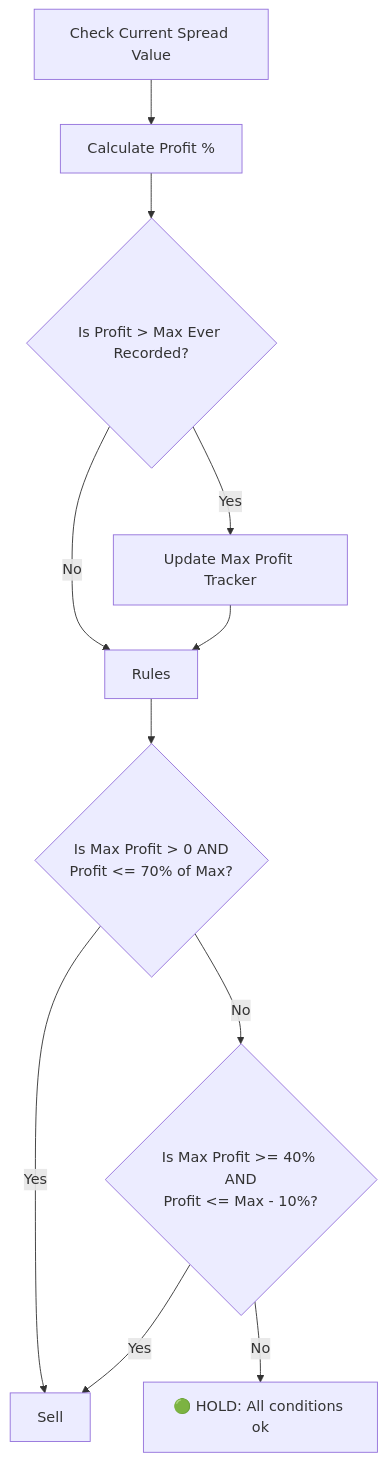
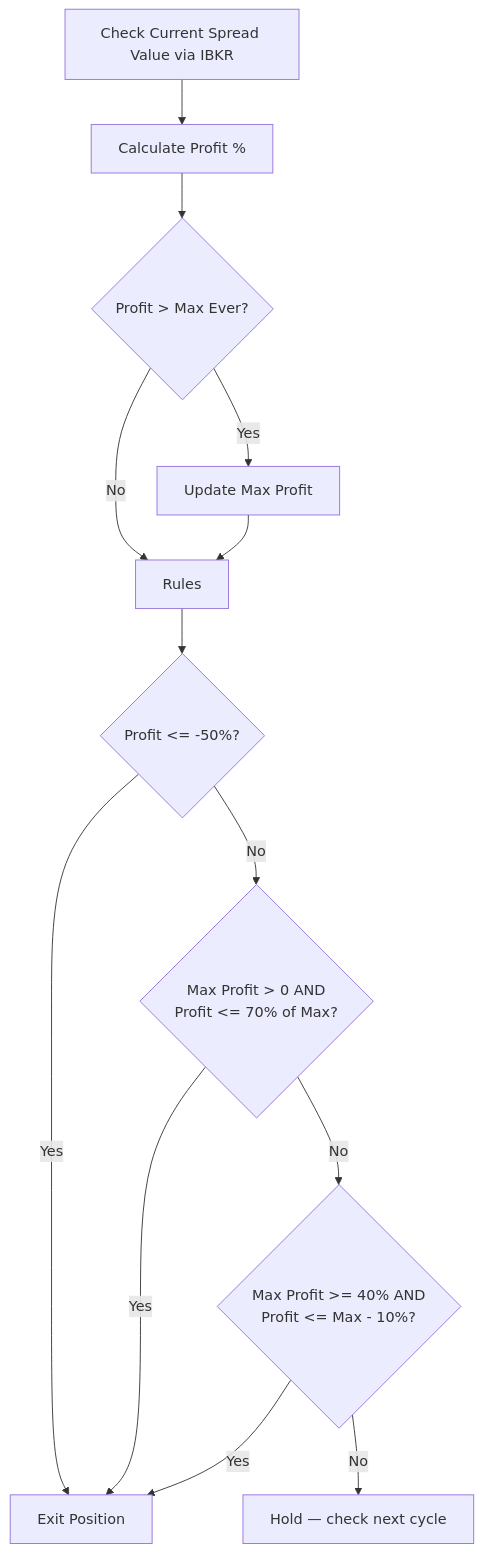
Before and after one commit to rakeshnemani/0dte: the second of 3 diagrams in docs/HOW_IT_WORKS.md, drawn with Mermaid. The commit also changed other lines of this file and 5 other files, not shown here.

````diff
--- a/docs/HOW_IT_WORKS.md
+++ b/docs/HOW_IT_WORKS.md
@@ -142,16 +190,16 @@
 ```mermaid
 graph TD
-    Evaluate[Check Current Spread Value] --> Calc[Calculate Profit %]
-    Calc --> MaxProfit{Is Profit > Max Ever Recorded?}
-    MaxProfit -- Yes --> Update[Update Max Profit Tracker]
+    Evaluate[Check Current Spread Value via IBKR] --> Calc[Calculate Profit %]
+    Calc --> MaxProfit{Profit > Max Ever?}
+    MaxProfit -- Yes --> Update[Update Max Profit]
     MaxProfit -- No --> Rules
     Update --> Rules
-    
-    Rules --> Rule1{Is Max Profit > 0 AND<br/>Profit <= 70% of Max?}
-    
-    Rule1 -- Yes --> Sell
-    Rule1 -- No --> Rule2{Is Max Profit >= 40% AND<br/>Profit <= Max - 10%?}
-    
+
+    Rules --> Rule1{Profit <= -50%?}
+    Rule1 -- Yes --> Sell[Exit Position]
+    Rule1 -- No --> Rule2{Max Profit > 0 AND<br/>Profit <= 70% of Max?}
     Rule2 -- Yes --> Sell
-    Rule2 -- No --> Hold["🟢 HOLD: All conditions ok"]
+    Rule2 -- No --> Rule3{Max Profit >= 40% AND<br/>Profit <= Max - 10%?}
+    Rule3 -- Yes --> Sell
+    Rule3 -- No --> Hold[Hold — check next cycle]
 ```
````
